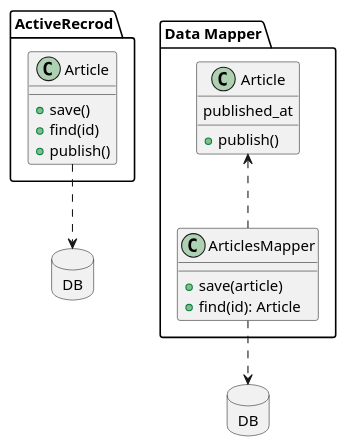
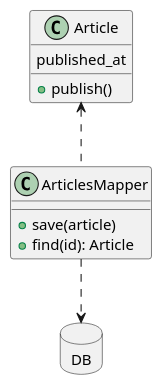
Before and after one commit to sergio-fry/slides: the second of 2 diagrams in rich-domain-model/README.md, drawn with PlantUML. The commit also changed other lines of this file and 1 other file, not shown here.

````diff
--- a/rich-domain-model/README.md
+++ b/rich-domain-model/README.md
@@ -230,32 +251,18 @@
 ```plantuml
 allow_mixing
 
-database "DB" as db1
-database "DB" as db2
+database "DB" as db
 
-package ActiveRecrod {
-  class "Article" as article_ar {
-    +save()
-    +find(id)
-    +publish()
-  }
-
-  article_ar ..> db1
+class "Article" as article_domain {
+  published_at
+  +publish()
 }
 
-package "Data Mapper" {
-  class "Article" as article_domain {
-    published_at
-    +publish()
-  }
-
-  class ArticlesMapper {
-    +save(article)
-    +find(id): Article
-  }
-
-  ArticlesMapper ..> db2
-  ArticlesMapper .up.> article_domain
+class ArticlesMapper {
+  +save(article)
+  +find(id): Article
 }
 
+ArticlesMapper ..> db
+ArticlesMapper .up.> article_domain
 ```
````
